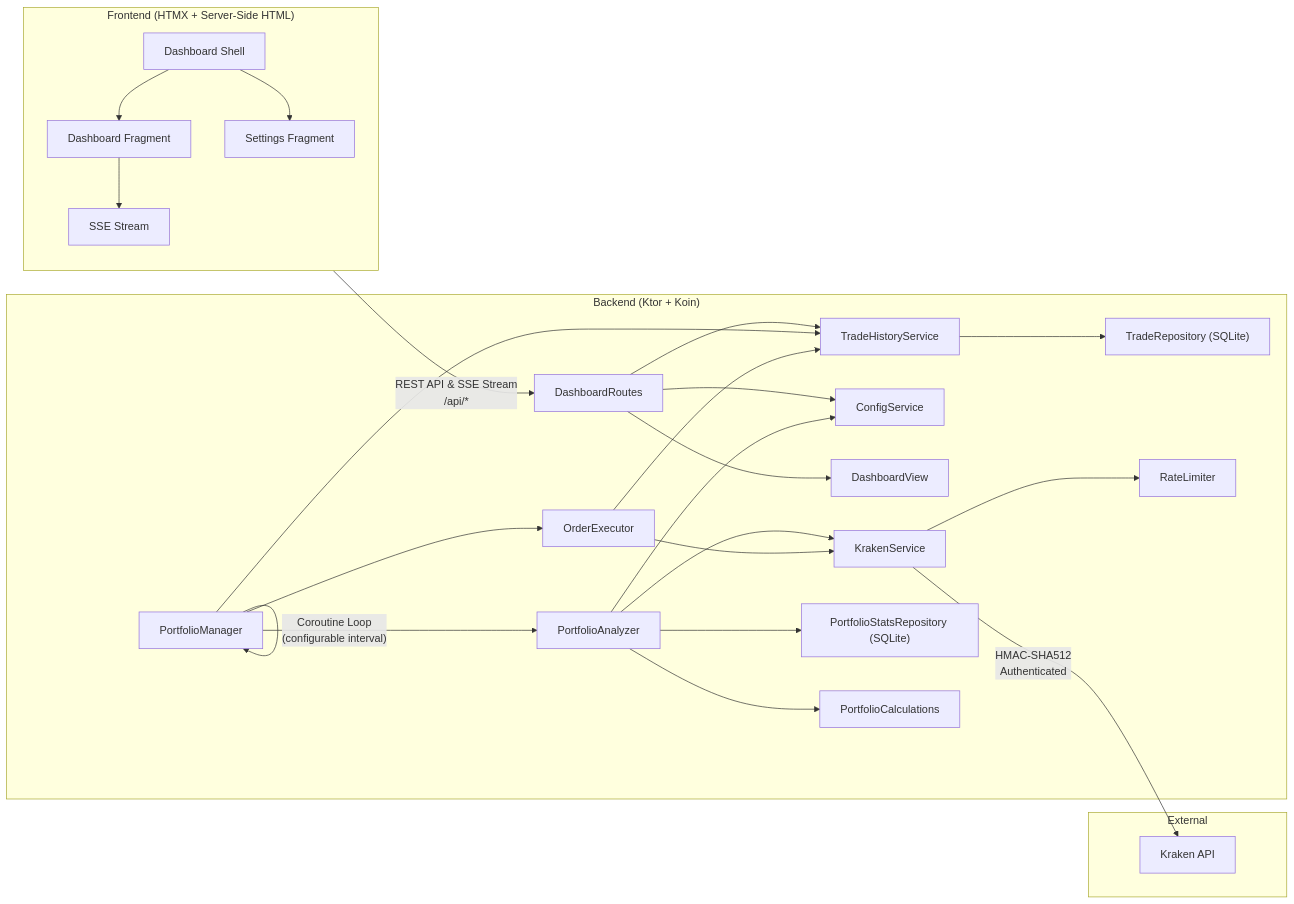
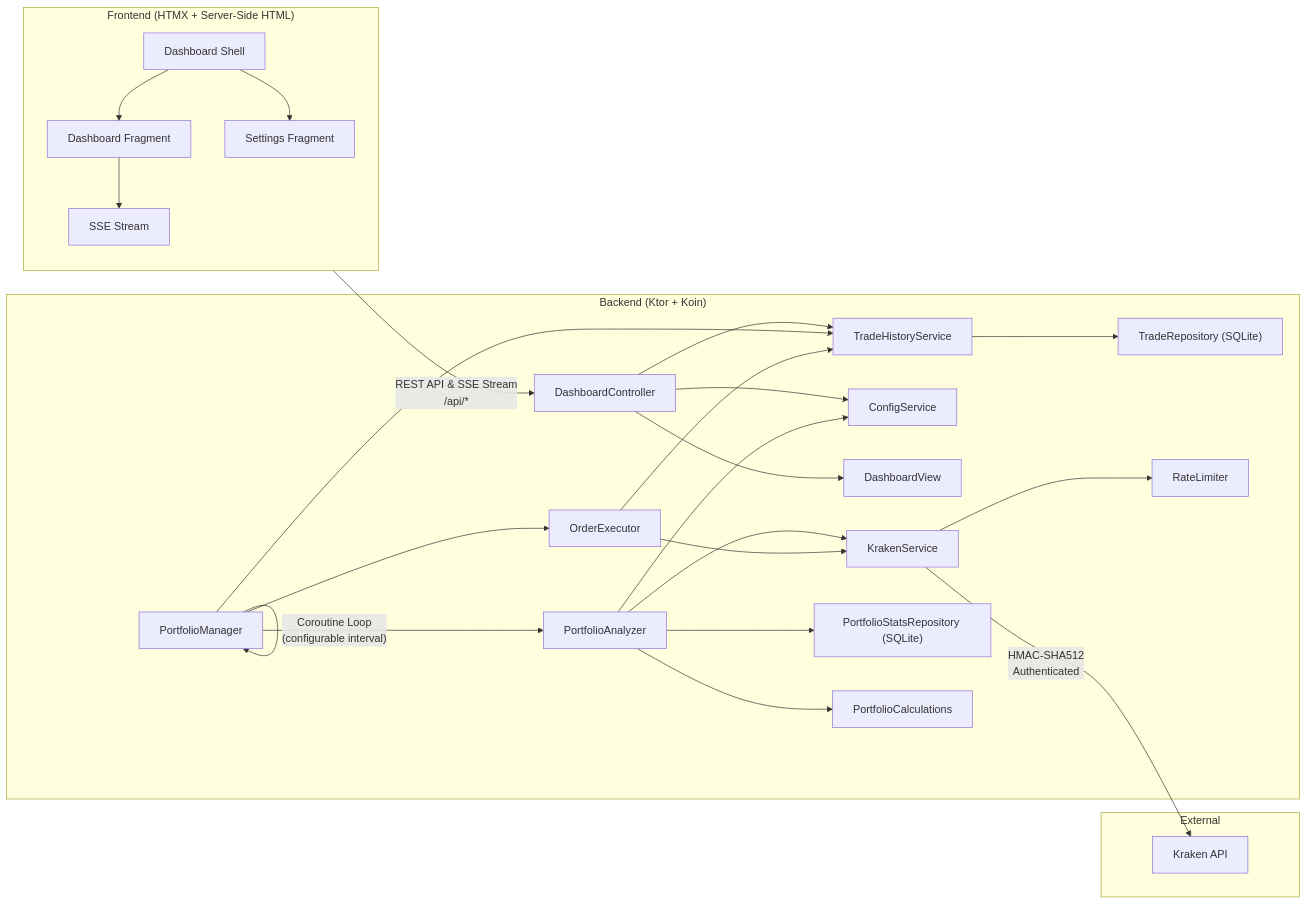
One commit to HyperVon/new-kraken-rebalancer changed the first of 2 diagrams in README.md. Above: the diagram before and after it, drawn with Mermaid. The commit also changed other lines of this file and 17 other files, not shown here.

````diff
--- a/README.md
+++ b/README.md
@@ -297,34 +301,34 @@
 ```mermaid
 graph LR
     subgraph Frontend["Frontend (HTMX + Server-Side HTML)"]
         D[Dashboard Shell] --> DF[Dashboard Fragment]
         D --> SF[Settings Fragment]
         DF --> SS[SSE Stream]
     end
 
     subgraph Backend["Backend (Ktor + Koin)"]
-        DC[DashboardRoutes] --> THS[TradeHistoryService]
+        DC[DashboardController] --> THS[TradeHistoryService]
         DC --> CS[ConfigService]
         DC --> DV[DashboardView]
         PM[PortfolioManager] --> PA[PortfolioAnalyzer]
         PM --> OE[OrderExecutor]
         PM --> THS
 
         PA --> KS[KrakenService]
         PA --> CS
         PA --> PSR["PortfolioStatsRepository (SQLite)"]
         PA --> PC[PortfolioCalculations]
         OE --> KS
         OE --> THS
         THS --> TR["TradeRepository (SQLite)"]
         KS --> RL[RateLimiter]
     end
 
     subgraph External
         KA[Kraken API]
     end
 
     Frontend -- "REST API & SSE Stream\n/api/*" --> DC
     PM -- "Coroutine Loop\n(configurable interval)" --> PM
     KS -- "HMAC-SHA512\nAuthenticated" --> KA
 ```
````
